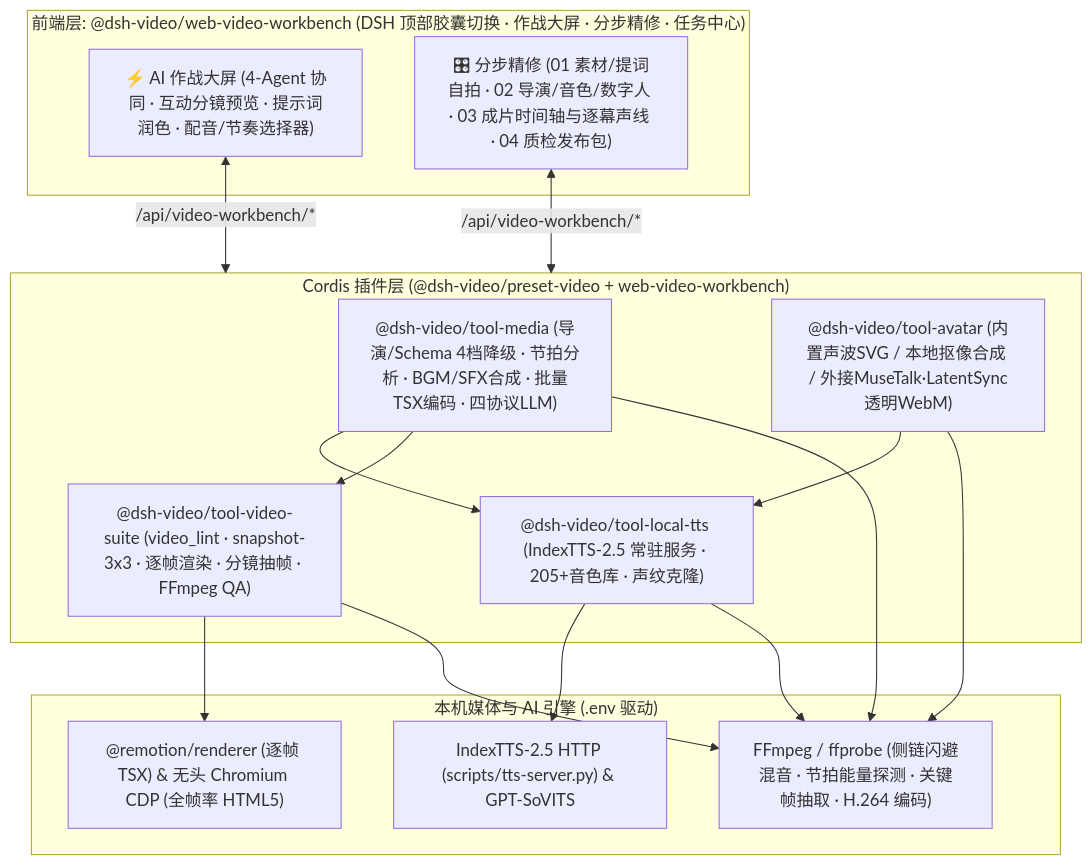
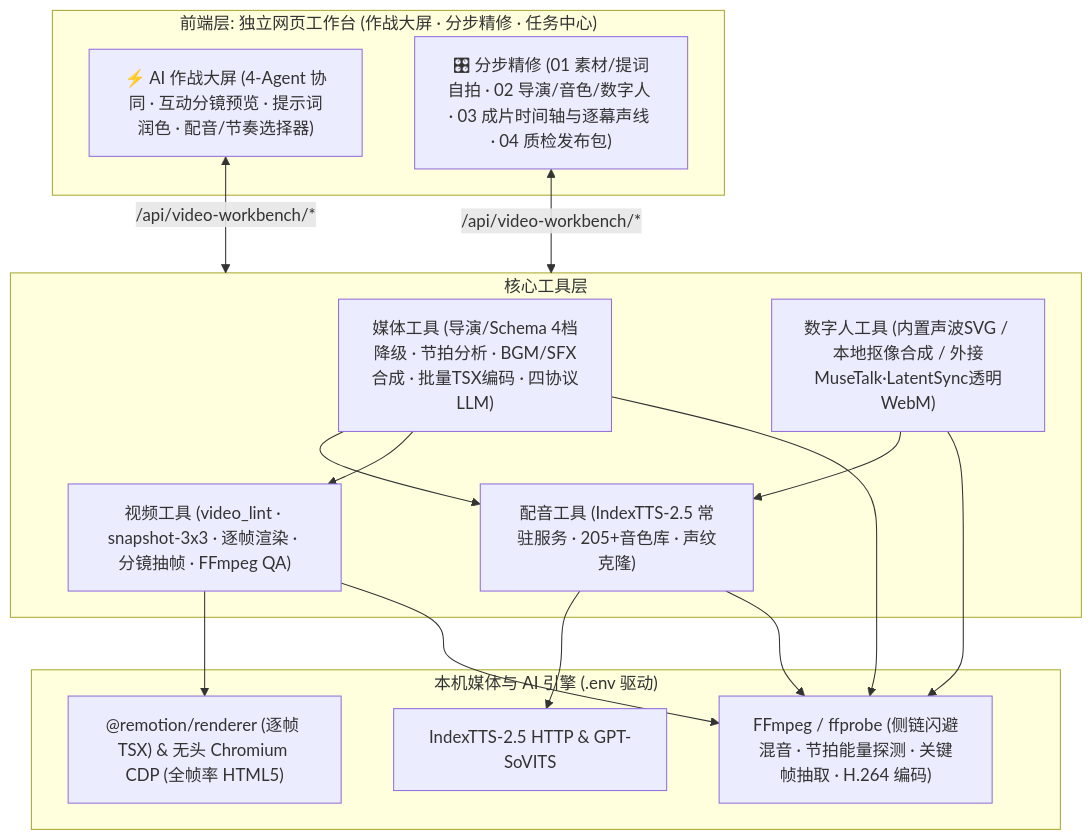
One commit to H1088880/video-workbench-standalone changed the diagram in README.md. Above: the diagram before and after it, drawn with Mermaid. The commit also changed other lines of this file, not shown here.

Commit message:
Update README.md (remove DSH branding)

````diff
--- a/README.md
+++ b/README.md
@@ -103,26 +93,26 @@
 ```mermaid
 flowchart TB
-  subgraph UI["前端层: @dsh-video/web-video-workbench (DSH 顶部胶囊切换 · 作战大屏 · 分步精修 · 任务中心)"]
+  subgraph UI["前端层: 独立网页工作台 (作战大屏 · 分步精修 · 任务中心)"]
     WarRoom["⚡ AI 作战大屏 (4-Agent 协同 · 互动分镜预览 · 提示词润色 · 配音/节奏选择器)"]
     Studio["🎛 分步精修 (01 素材/提词自拍 · 02 导演/音色/数字人 · 03 成片时间轴与逐幕声线 · 04 质检发布包)"]
   end
 
-  subgraph Core["Cordis 插件层 (@dsh-video/preset-video + web-video-workbench)"]
-    Media["@dsh-video/tool-media (导演/Schema 4档降级 · 节拍分析 · BGM/SFX合成 · 批量TSX编码 · 四协议LLM)"]
-    Avatar["@dsh-video/tool-avatar (内置声波SVG / 本地抠像合成 / 外接MuseTalk·LatentSync透明WebM)"]
-    TTS["@dsh-video/tool-local-tts (IndexTTS-2.5 常驻服务 · 205+音色库 · 声纹克隆)"]
-    Suite["@dsh-video/tool-video-suite (video_lint · snapshot-3x3 · 逐帧渲染 · 分镜抽帧 · FFmpeg QA)"]
+  subgraph Core["核心工具层"]
+    Media["媒体工具 (导演/Schema 4档降级 · 节拍分析 · BGM/SFX合成 · 批量TSX编码 · 四协议LLM)"]
+    Avatar["数字人工具 (内置声波SVG / 本地抠像合成 / 外接MuseTalk·LatentSync透明WebM)"]
+    TTS["配音工具 (IndexTTS-2.5 常驻服务 · 205+音色库 · 声纹克隆)"]
+    Suite["视频工具 (video_lint · snapshot-3x3 · 逐帧渲染 · 分镜抽帧 · FFmpeg QA)"]
   end
 
   subgraph Engines["本机媒体与 AI 引擎 (.env 驱动)"]
-    IndexTTS["IndexTTS-2.5 HTTP (scripts/tts-server.py) & GPT-SoVITS"]
+    IndexTTS["IndexTTS-2.5 HTTP & GPT-SoVITS"]
     FFmpeg["FFmpeg / ffprobe (侧链闪避混音 · 节拍能量探测 · 关键帧抽取 · H.264 编码)"]
     Renderers["@remotion/renderer (逐帧 TSX) & 无头 Chromium CDP (全帧率 HTML5)"]
   end
 
   WarRoom & Studio <-->|"/api/video-workbench/*"| Core
   Media --> TTS & Suite & FFmpeg
   Avatar --> TTS & FFmpeg
   TTS --> IndexTTS & FFmpeg
   Suite --> Renderers & FFmpeg
 ```
````
